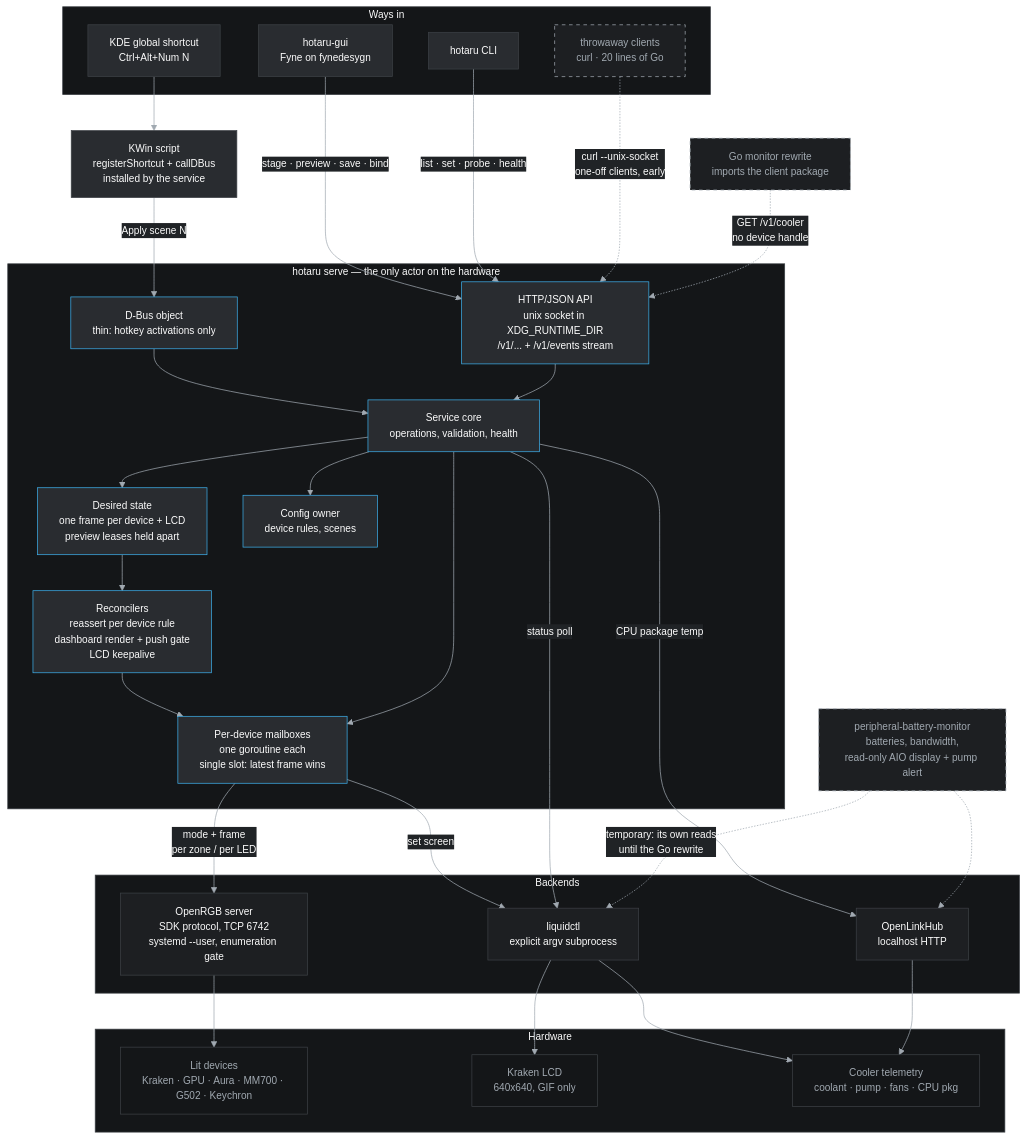
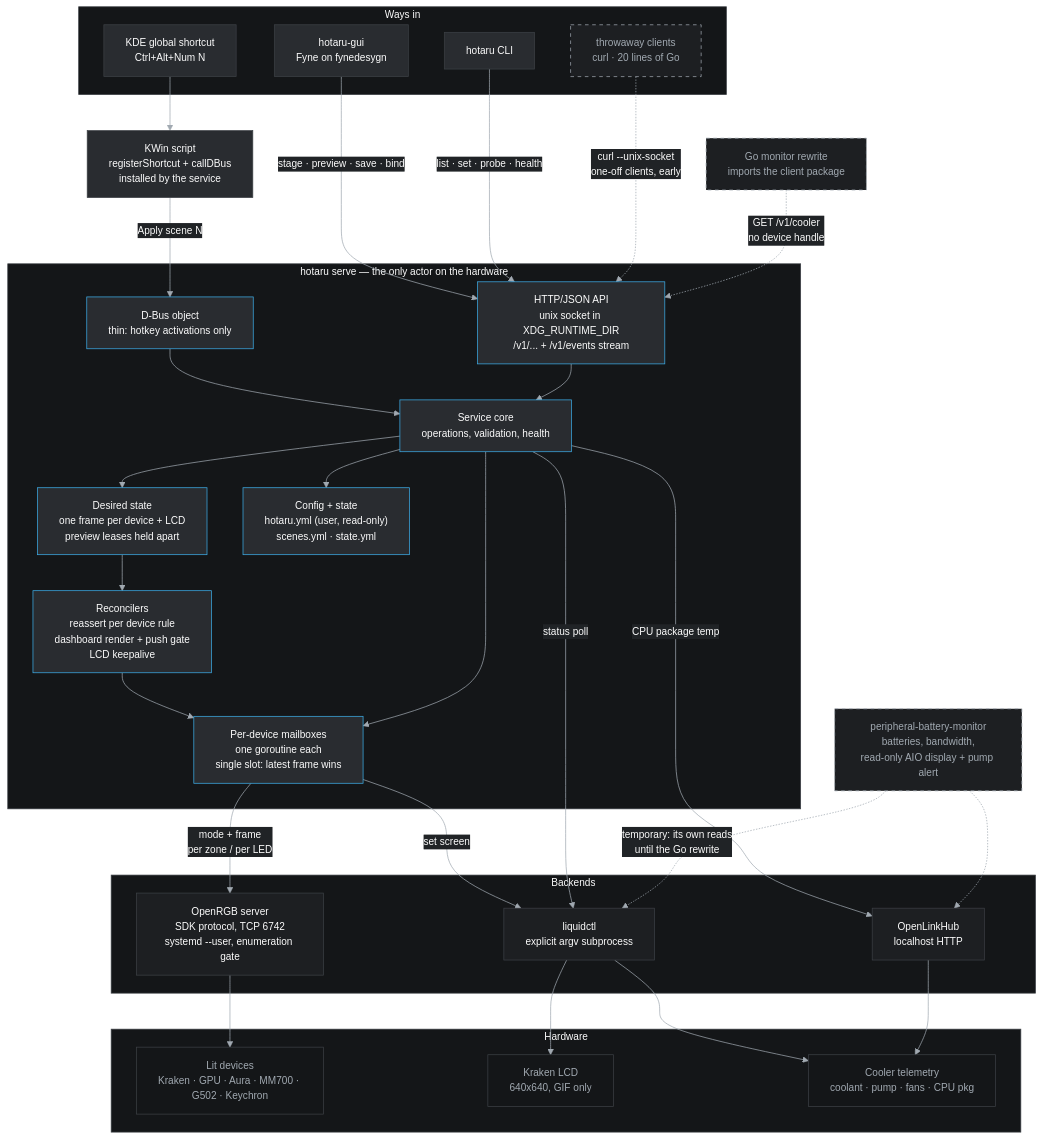
Before and after one commit to ushineko/hotaru: the diagram in docs/architecture.md, drawn with Mermaid. The commit also changed other lines of this file and 2 other files, not shown here.

First line of the commit message:
docs(spec): settle the config files — YAML, split by owner

```diff
--- a/docs/architecture.md
+++ b/docs/architecture.md
@@ -35,7 +35,7 @@
         STATE["Desired state<br/>one frame per device + LCD<br/>preview leases held apart"]
         RECON["Reconcilers<br/>reassert per device rule<br/>dashboard render + push gate<br/>LCD keepalive"]
         MBOX["Per-device mailboxes<br/>one goroutine each<br/>single slot: latest frame wins"]
-        CFG["Config owner<br/>device rules, scenes"]
+        CFG["Config + state<br/>hotaru.yml (user, read-only)<br/>scenes.yml · state.yml"]
     end
 
     subgraph backends["Backends"]
```
